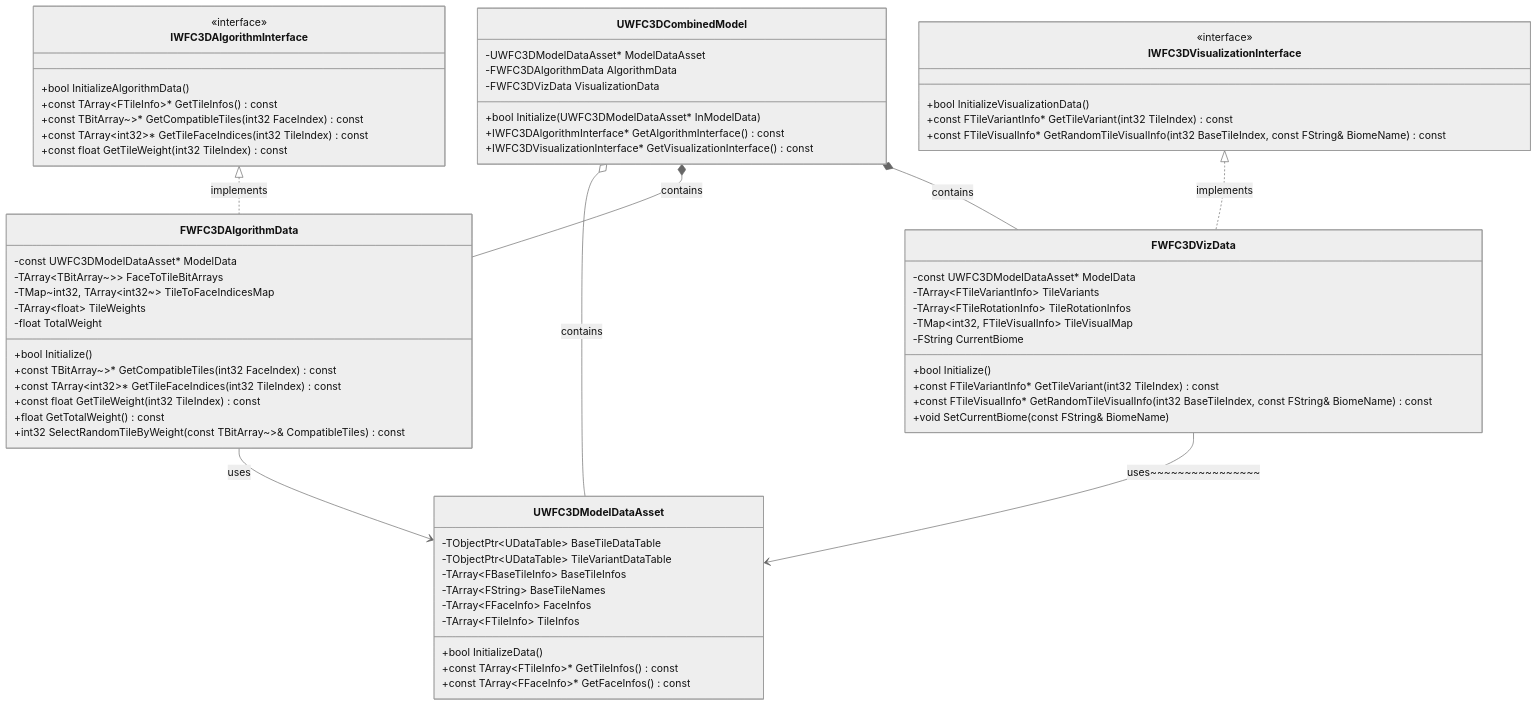
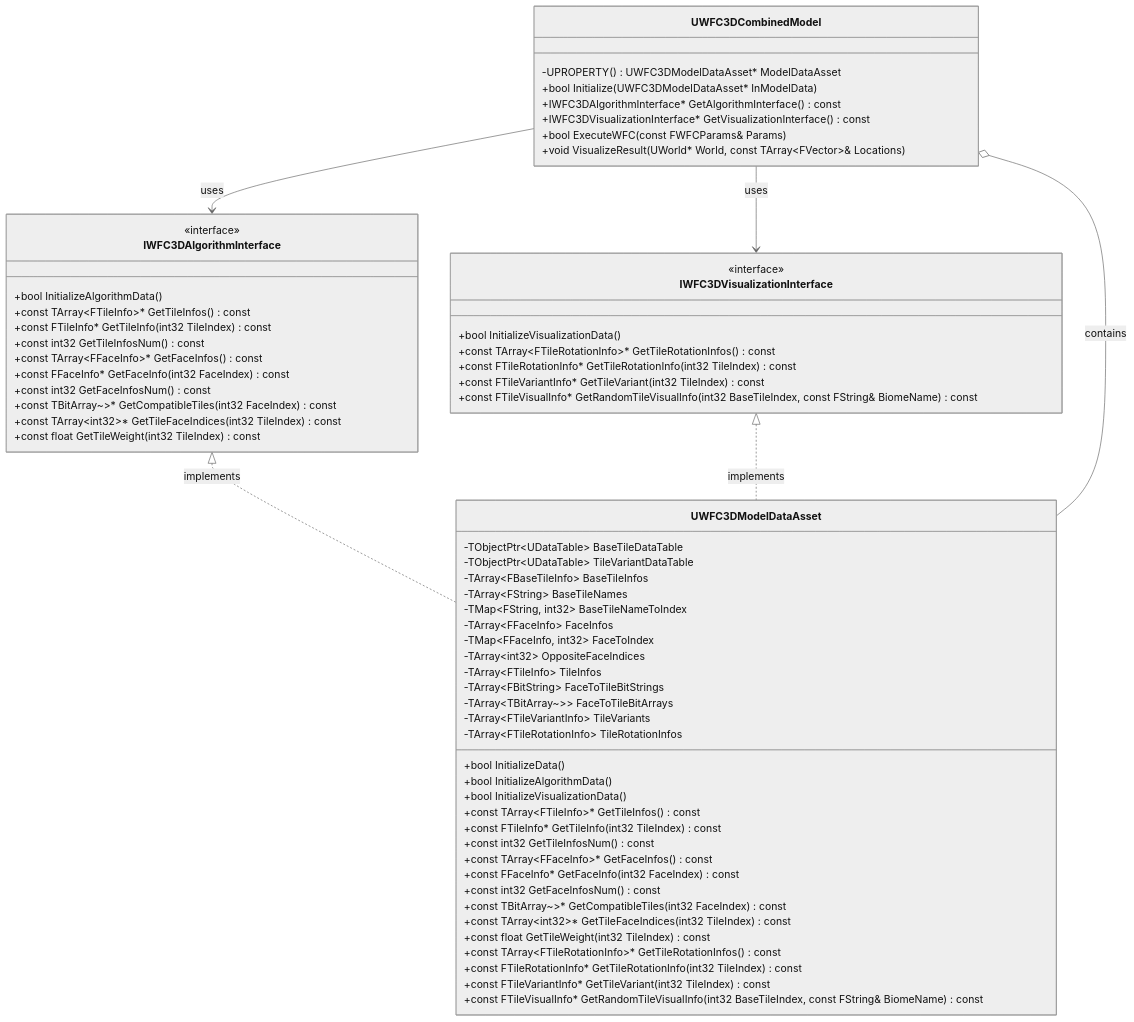
The diagram in WFCModelClassDiagram.md (devouring123/ProceduralWorld), drawn with Mermaid (neutral theme) before and after one commit. The commit also changed 8 other files, not shown here.

Commit message:
Implement model data initialization and interface retrieval in UWFC3DCombinedModel: add InitializeModelData method, update constructor, and enhance error handling for algorithm and visualization interfaces.

````diff
--- a/WFCModelClassDiagram.md
+++ b/WFCModelClassDiagram.md
@@ -1,76 +1,75 @@
 ```mermaid
 classDiagram
 %% 인터페이스 정의
     class IWFC3DAlgorithmInterface {
         <<interface>>
         +bool InitializeAlgorithmData()
         +const TArray~FTileInfo~* GetTileInfos() const
+        +const FTileInfo* GetTileInfo(int32 TileIndex) const
+        +const int32 GetTileInfosNum() const
+        +const TArray~FFaceInfo~* GetFaceInfos() const
+        +const FFaceInfo* GetFaceInfo(int32 FaceIndex) const
+        +const int32 GetFaceInfosNum() const
         +const TBitArray~>* GetCompatibleTiles(int32 FaceIndex) const
         +const TArray~int32~* GetTileFaceIndices(int32 TileIndex) const
         +const float GetTileWeight(int32 TileIndex) const
     }
 
     class IWFC3DVisualizationInterface {
         <<interface>>
         +bool InitializeVisualizationData()
+        +const TArray~FTileRotationInfo~* GetTileRotationInfos() const
+        +const FTileRotationInfo* GetTileRotationInfo(int32 TileIndex) const
         +const FTileVariantInfo* GetTileVariant(int32 TileIndex) const
         +const FTileVisualInfo* GetRandomTileVisualInfo(int32 BaseTileIndex, const FString& BiomeName) const
     }
 
 %% 주요 클래스들
     class UWFC3DModelDataAsset {
         -TObjectPtr~UDataTable~ BaseTileDataTable
         -TObjectPtr~UDataTable~ TileVariantDataTable
         -TArray~FBaseTileInfo~ BaseTileInfos
         -TArray~FString~ BaseTileNames
+        -TMap~FString, int32~ BaseTileNameToIndex
         -TArray~FFaceInfo~ FaceInfos
+        -TMap~FFaceInfo, int32~ FaceToIndex
+        -TArray~int32~ OppositeFaceIndices
         -TArray~FTileInfo~ TileInfos
+        -TArray~FBitString~ FaceToTileBitStrings
+        -TArray~TBitArray~>~ FaceToTileBitArrays
+        -TArray~FTileVariantInfo~ TileVariants
+        -TArray~FTileRotationInfo~ TileRotationInfos
         +bool InitializeData()
+        +bool InitializeAlgorithmData()
+        +bool InitializeVisualizationData()
         +const TArray~FTileInfo~* GetTileInfos() const
+        +const FTileInfo* GetTileInfo(int32 TileIndex) const
+        +const int32 GetTileInfosNum() const
         +const TArray~FFaceInfo~* GetFaceInfos() const
-    }
-
-    class FWFC3DAlgorithmData {
-        -const UWFC3DModelDataAsset* ModelData
-        -TArray~TBitArray~>~ FaceToTileBitArrays
-        -TMap~int32, TArray~int32~~ TileToFaceIndicesMap
-        -TArray~float~ TileWeights
-        -float TotalWeight
-        +bool Initialize()
+        +const FFaceInfo* GetFaceInfo(int32 FaceIndex) const
+        +const int32 GetFaceInfosNum() const
         +const TBitArray~>* GetCompatibleTiles(int32 FaceIndex) const
         +const TArray~int32~* GetTileFaceIndices(int32 TileIndex) const
         +const float GetTileWeight(int32 TileIndex) const
-        +float GetTotalWeight() const
-        +int32 SelectRandomTileByWeight(const TBitArray~>& CompatibleTiles) const
-    }
-
-    class FWFC3DVizData {
-        -const UWFC3DModelDataAsset* ModelData
-        -TArray~FTileVariantInfo~ TileVariants
-        -TArray~FTileRotationInfo~ TileRotationInfos
-        -TMap~int32, FTileVisualInfo~ TileVisualMap
-        -FString CurrentBiome
-        +bool Initialize()
+        +const TArray~FTileRotationInfo~* GetTileRotationInfos() const
+        +const FTileRotationInfo* GetTileRotationInfo(int32 TileIndex) const
         +const FTileVariantInfo* GetTileVariant(int32 TileIndex) const
         +const FTileVisualInfo* GetRandomTileVisualInfo(int32 BaseTileIndex, const FString& BiomeName) const
-        +void SetCurrentBiome(const FString& BiomeName)
     }
 
     class UWFC3DCombinedModel {
-        -UWFC3DModelDataAsset* ModelDataAsset
-        -FWFC3DAlgorithmData AlgorithmData
-        -FWFC3DVizData VisualizationData
+        -UPROPERTY() UWFC3DModelDataAsset* ModelDataAsset
         +bool Initialize(UWFC3DModelDataAsset* InModelData)
         +IWFC3DAlgorithmInterface* GetAlgorithmInterface() const
         +IWFC3DVisualizationInterface* GetVisualizationInterface() const
+        +bool ExecuteWFC(const FWFCParams& Params)
+        +void VisualizeResult(UWorld* World, const TArray~FVector~& Locations)
     }
 
 %% 관계 정의
-    IWFC3DAlgorithmInterface <|.. FWFC3DAlgorithmData : implements
-    IWFC3DVisualizationInterface <|.. FWFC3DVizData : implements
+    IWFC3DAlgorithmInterface <|.. UWFC3DModelDataAsset : implements
+    IWFC3DVisualizationInterface <|.. UWFC3DModelDataAsset : implements
     UWFC3DCombinedModel o-- UWFC3DModelDataAsset : contains
-    UWFC3DCombinedModel *-- FWFC3DAlgorithmData : contains
-    UWFC3DCombinedModel *-- FWFC3DVizData : contains
-    FWFC3DAlgorithmData --> UWFC3DModelDataAsset : uses
-    FWFC3DVizData --> UWFC3DModelDataAsset : uses~~~~~~~~~~~~~~~~
+    UWFC3DCombinedModel --> IWFC3DAlgorithmInterface : uses
+    UWFC3DCombinedModel --> IWFC3DVisualizationInterface : uses
 ```
````
